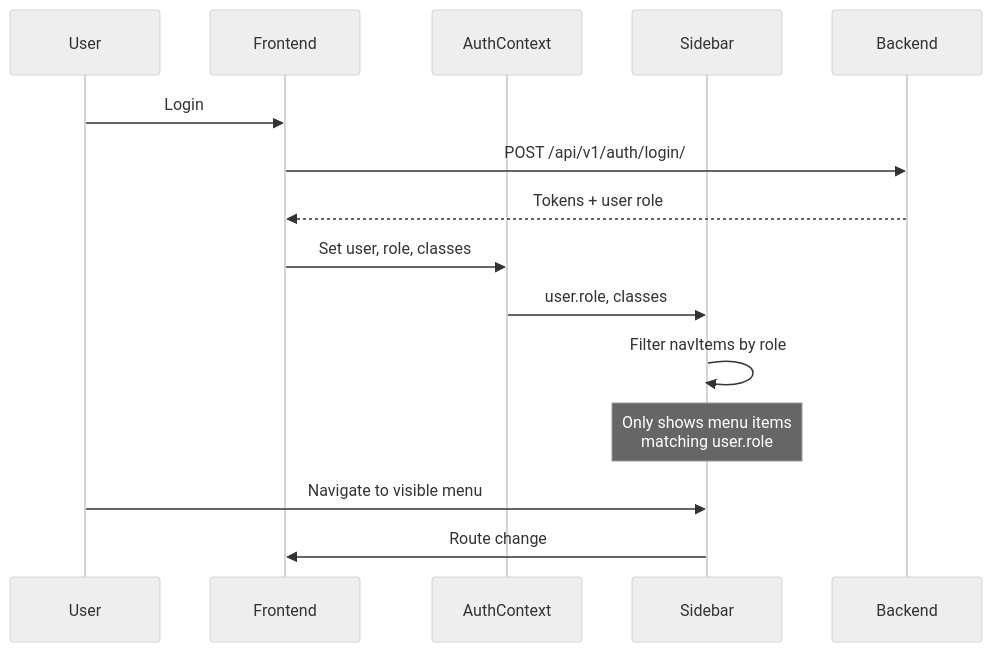
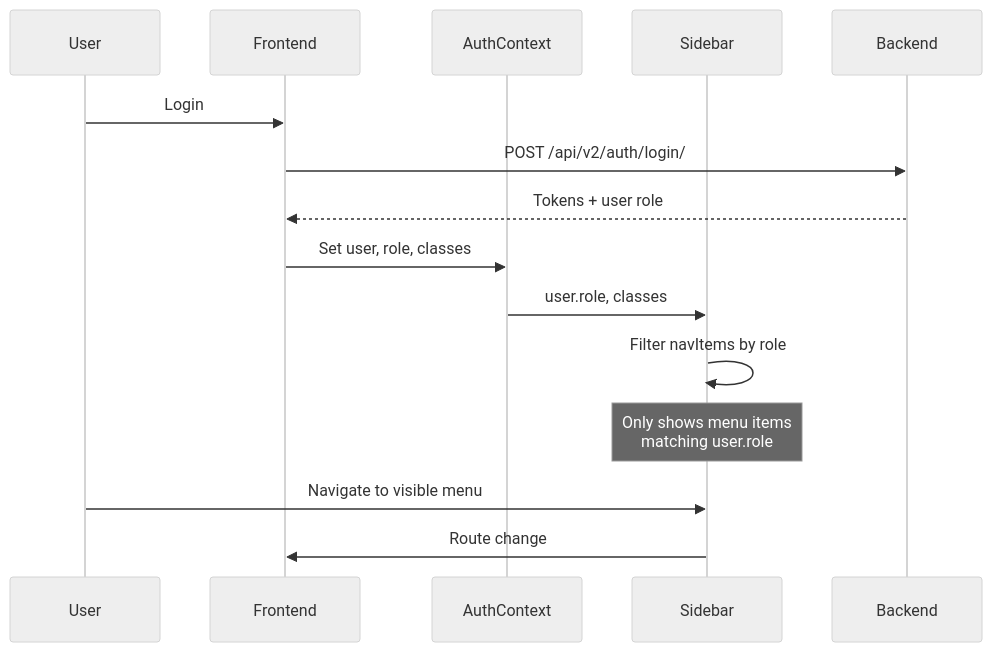
Before and after one commit to Eryc123Y/EssayCoach: the eighth of 12 diagrams in docs/architecture/system-architecture.md, drawn with Mermaid (neutral theme). The commit also changed other lines of this file and 20 other files, not shown here.

Commit message:
docs: update api reference, runbooks, and architecture notes

````diff
--- a/docs/architecture/system-architecture.md
+++ b/docs/architecture/system-architecture.md
@@ -280,21 +280,21 @@
 ```mermaid
 sequenceDiagram
     participant User
     participant Frontend
     participant AuthContext
     participant Sidebar
     participant Backend
 
     User->>Frontend: Login
-    Frontend->>Backend: POST /api/v1/auth/login/
+    Frontend->>Backend: POST /api/v2/auth/login/
     Backend-->>Frontend: Tokens + user role
     Frontend->>AuthContext: Set user, role, classes
     
     AuthContext->>Sidebar: user.role, classes
     Sidebar->>Sidebar: Filter navItems by role
     
     Note over Sidebar: Only shows menu items<br/>matching user.role
     
     User->>Sidebar: Navigate to visible menu
     Sidebar->>Frontend: Route change
 ```
````
